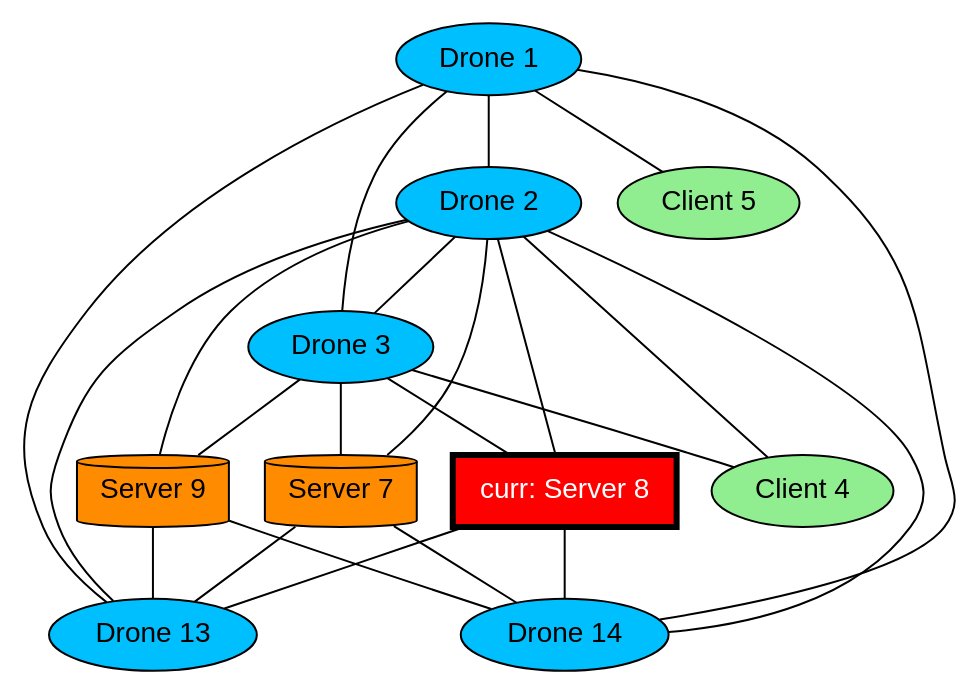
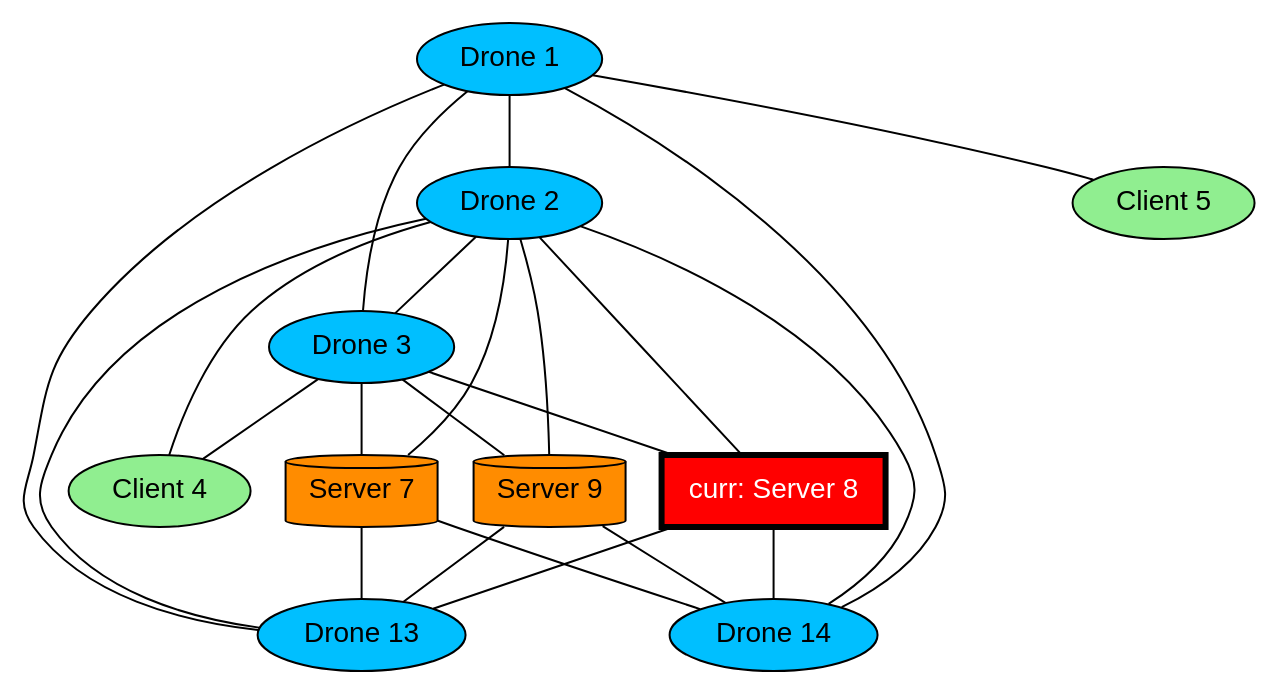
The diagram in codice/network_init/grafo.dot (Beto-prog/Lab_progAvanzata), drawn with Graphviz before and after one commit. The commit also changed other lines of this file and 4 other files, not shown here.

```diff
--- a/codice/network_init/grafo.dot
+++ b/codice/network_init/grafo.dot
@@ -1,35 +1,35 @@
 graph G {
     node [fontname=Helvetica];
-    3 [label="Drone 3", fillcolor=deepskyblue, shape=ellipse, style=filled, penwidth=1, fontcolor=black];
+    2 [label="Drone 2", fillcolor=deepskyblue, shape=ellipse, style=filled, penwidth=1, fontcolor=black];
+    5 [label="Client 5", fillcolor=lightgreen, shape=oval, style=filled, penwidth=1, fontcolor=black];
+    9 [label="Server 9", fillcolor=darkorange, shape=cylinder, style=filled, penwidth=1, fontcolor=black];
+    4 [label="Client 4", fillcolor=lightgreen, shape=oval, style=filled, penwidth=1, fontcolor=black];
+    13 [label="Drone 13", fillcolor=deepskyblue, shape=ellipse, style=filled, penwidth=1, fontcolor=black];
     8 [label="curr: Server 8", fillcolor=red, shape=box, style=filled, penwidth=3, fontcolor=white];
     1 [label="Drone 1", fillcolor=deepskyblue, shape=ellipse, style=filled, penwidth=1, fontcolor=black];
-    5 [label="Client 5", fillcolor=lightgreen, shape=oval, style=filled, penwidth=1, fontcolor=black];
-    4 [label="Client 4", fillcolor=lightgreen, shape=oval, style=filled, penwidth=1, fontcolor=black];
-    2 [label="Drone 2", fillcolor=deepskyblue, shape=ellipse, style=filled, penwidth=1, fontcolor=black];
-    13 [label="Drone 13", fillcolor=deepskyblue, shape=ellipse, style=filled, penwidth=1, fontcolor=black];
-    9 [label="Server 9", fillcolor=darkorange, shape=cylinder, style=filled, penwidth=1, fontcolor=black];
+    7 [label="Server 7", fillcolor=darkorange, shape=cylinder, style=filled, penwidth=1, fontcolor=black];
     14 [label="Drone 14", fillcolor=deepskyblue, shape=ellipse, style=filled, penwidth=1, fontcolor=black];
-    7 [label="Server 7", fillcolor=darkorange, shape=cylinder, style=filled, penwidth=1, fontcolor=black];
+    3 [label="Drone 3", fillcolor=deepskyblue, shape=ellipse, style=filled, penwidth=1, fontcolor=black];
+    2 -- 9;
+    2 -- 8;
+    2 -- 4;
+    2 -- 13;
+    2 -- 7;
+    2 -- 3;
+    1 -- 2;
+    2 -- 14;
+    1 -- 5;
+    9 -- 13;
+    3 -- 9;
+    9 -- 14;
+    3 -- 4;
+    1 -- 13;
+    8 -- 13;
+    7 -- 13;
+    8 -- 14;
+    3 -- 8;
+    1 -- 3;
+    1 -- 14;
+    7 -- 14;
     3 -- 7;
-    3 -- 8;
-    2 -- 3;
-    3 -- 4;
-    3 -- 9;
-    1 -- 3;
-    8 -- 13;
-    2 -- 8;
-    8 -- 14;
-    1 -- 13;
-    1 -- 5;
-    1 -- 2;
-    1 -- 14;
-    2 -- 4;
-    2 -- 14;
-    2 -- 7;
-    2 -- 13;
-    2 -- 9;
-    7 -- 13;
-    9 -- 13;
-    9 -- 14;
-    7 -- 14;
 }
```
